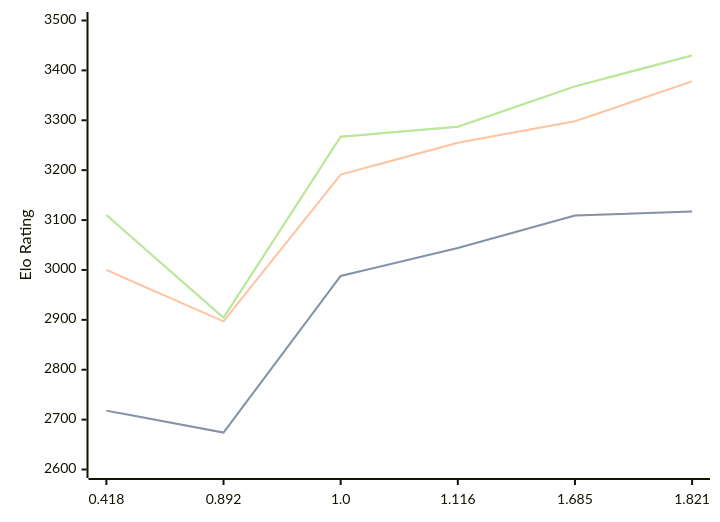
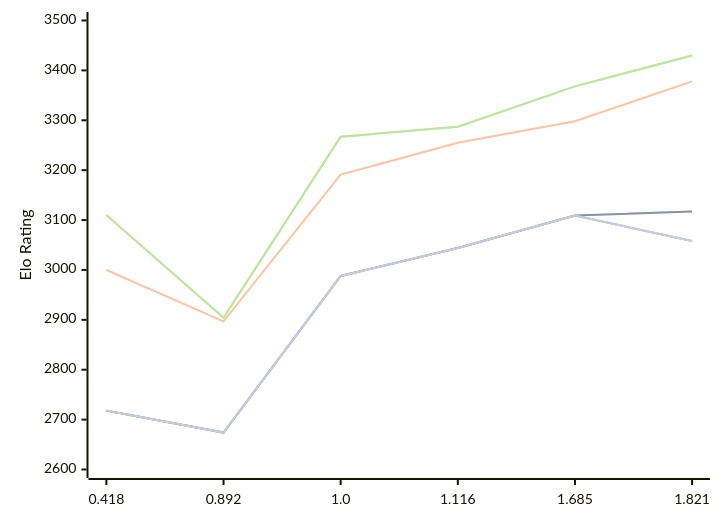
One commit to computer-chess-index/cci changed the diagram in engines/Malika.md. Above: the diagram before and after it, drawn with Mermaid. The commit also changed other lines of this file, not shown here.

Commit message:
Update CCI Ratings (ELO VLTC) - 2026-10-11

````diff
--- a/engines/Malika.md
+++ b/engines/Malika.md
@@ -52,16 +52,13 @@
 ```mermaid
 %%{init: {"theme":"base","themeVariables":{"seriesColors:['#a3a3a3','#222221','#faa371']}}}%%
 xychart-beta
   x-axis ["0.418", "0.892", "1.0", "1.116", "1.685", "1.821"]
   y-axis "Elo Rating" 2600 --> 3500
   line "" [2718, 2674, 2988, 3044, 3109, 3117]
   line "T1: STC (8.0+0.08s)" [2718, 2674, 2988, 3044, 3109, 3117]
   line "T1: LTC (60.0+0.60s)" [3000, 2897, 3191, 3255, 3298, 3378]
   line "" [3110, 2904, 3267, 3287, 3368, 3430]
   line "T1: VLTC (2m24s+1.12s)" [3110, 2904, 3267, 3287, 3368, 3430]
-  line "" [3046]
-  line "E1: STC (8.0+0.08s)" [3046]
-  line "E1: LTC (60.0+0.60s)" [3326]
-  line "" [3389]
-  line "E1: VLTC (2m24s+1.12s)" [3389]
+  line "" [2718, 2674, 2988, 3044, 3109,3058]
+  line "E1: STC (8.0+0.08s)" [2718, 2674, 2988, 3044, 3109,3058]
 ```
````
